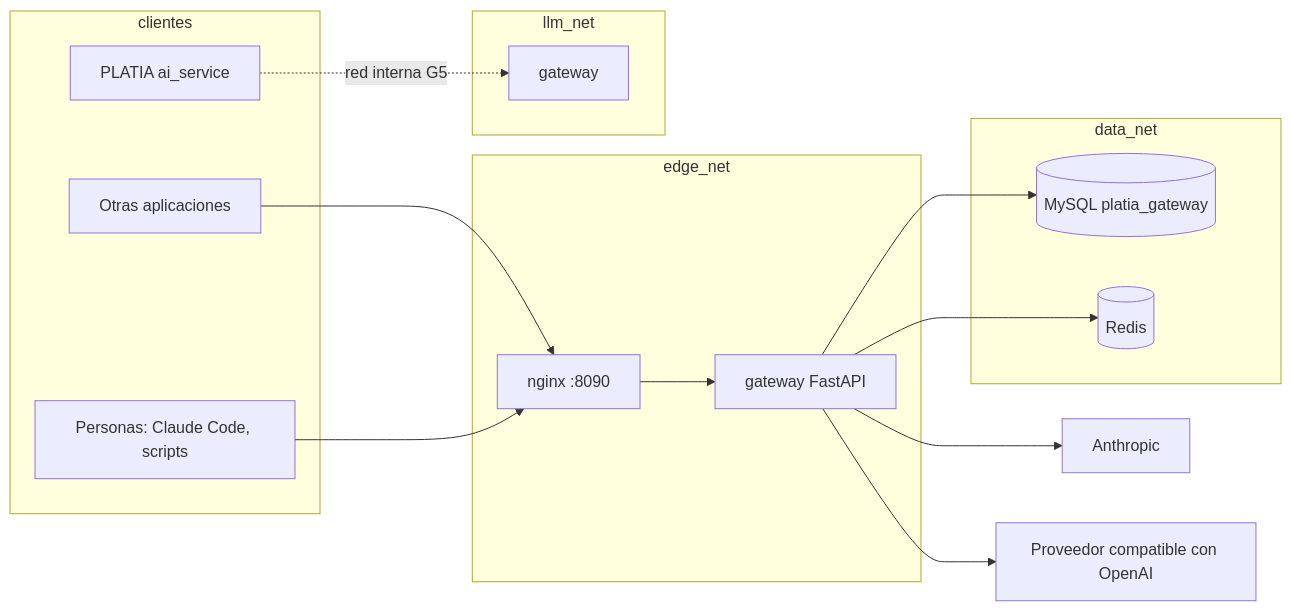
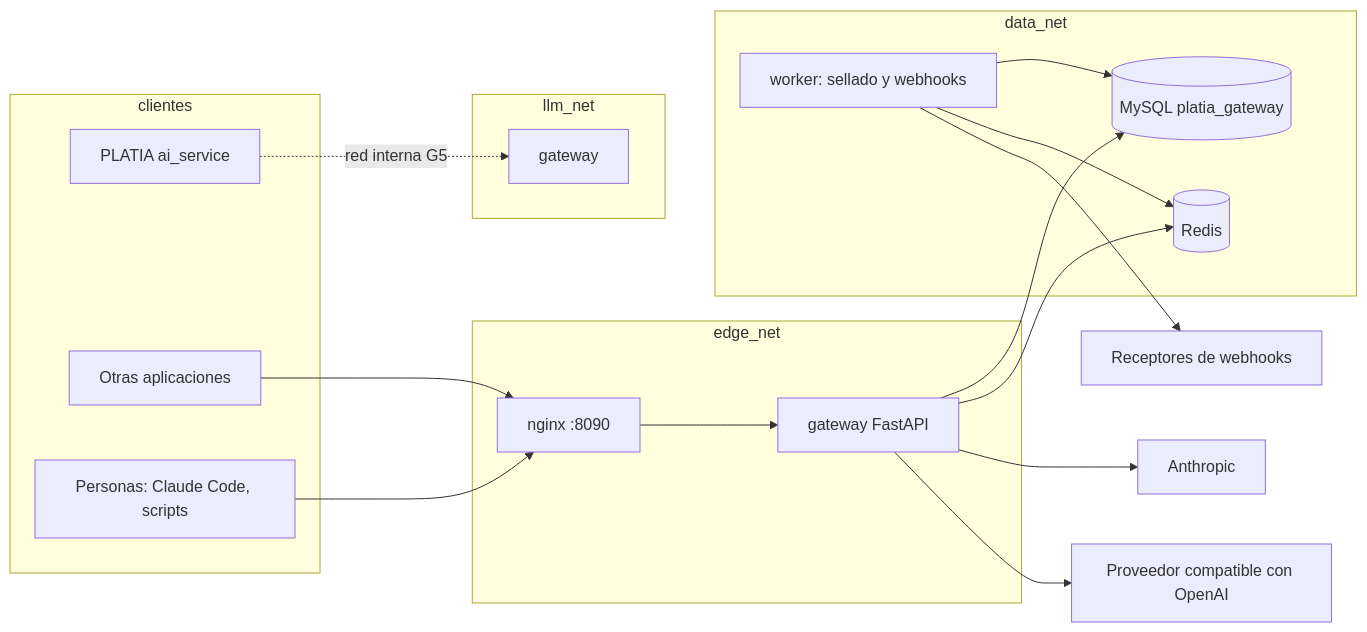
The first of 3 diagrams in docs/arquitectura.md (COTECNIA-ADM/platia-gateway), drawn with Mermaid before and after one commit. The commit also changed other lines of this file and 33 other files, not shown here.

````diff
--- a/docs/arquitectura.md
+++ b/docs/arquitectura.md
@@ -11,26 +11,30 @@
 ```mermaid
 flowchart LR
     subgraph clientes
         P[PLATIA ai_service]
         A[Otras aplicaciones]
         H[Personas: Claude Code, scripts]
     end
     subgraph edge_net
         N[nginx :8090]
         G[gateway FastAPI]
     end
     subgraph data_net
+        W[worker: sellado y webhooks]
         M[(MySQL platia_gateway)]
         R[(Redis)]
     end
     subgraph llm_net
         G2[gateway]
     end
     A --> N --> G
     H --> N
     P -. red interna G5 .-> G2
     G --> M
     G --> R
+    W --> M
+    W --> R
+    W --> Z[Receptores de webhooks]
     G --> X[Anthropic]
     G --> Y[Proveedor compatible con OpenAI]
 ```
````
